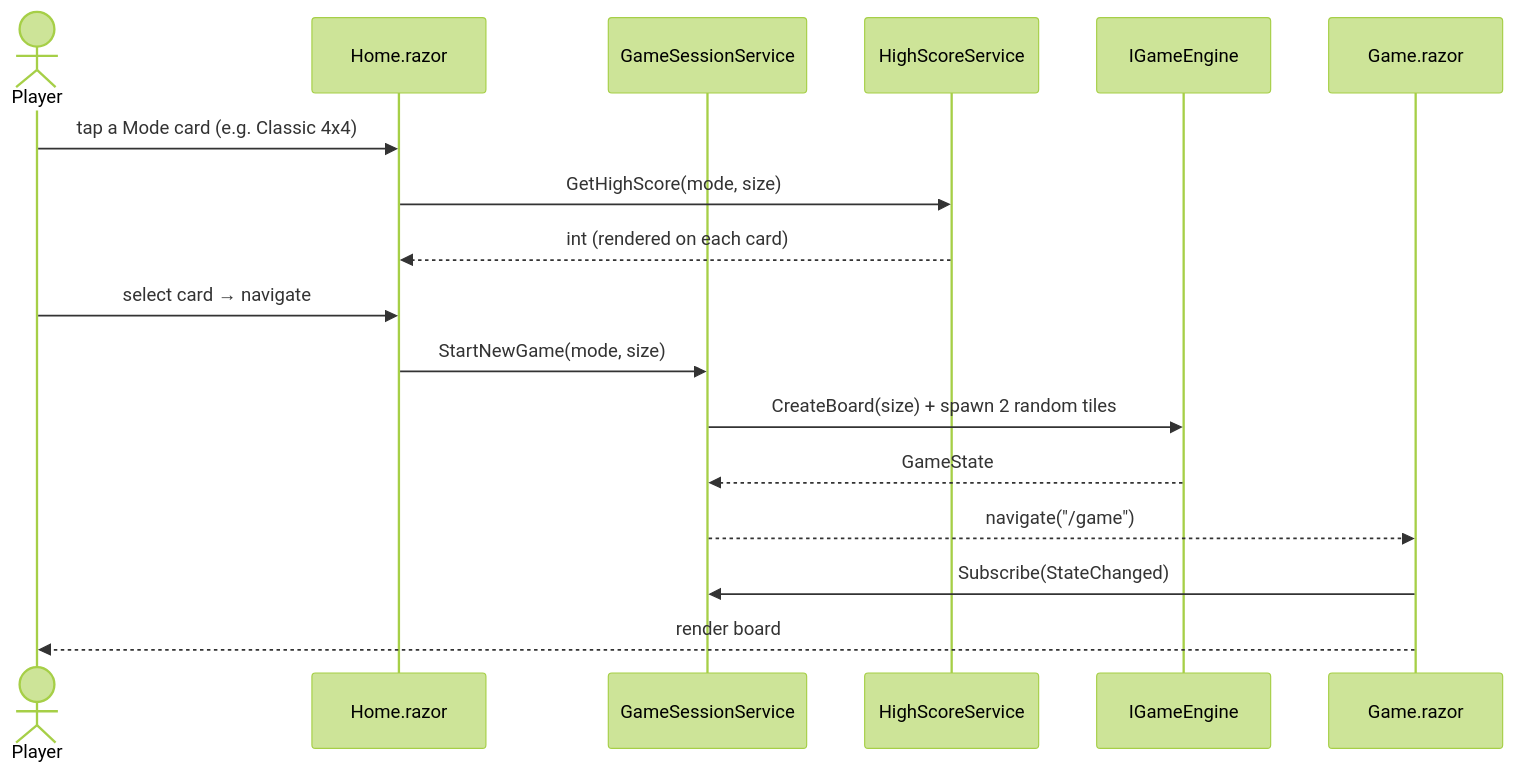
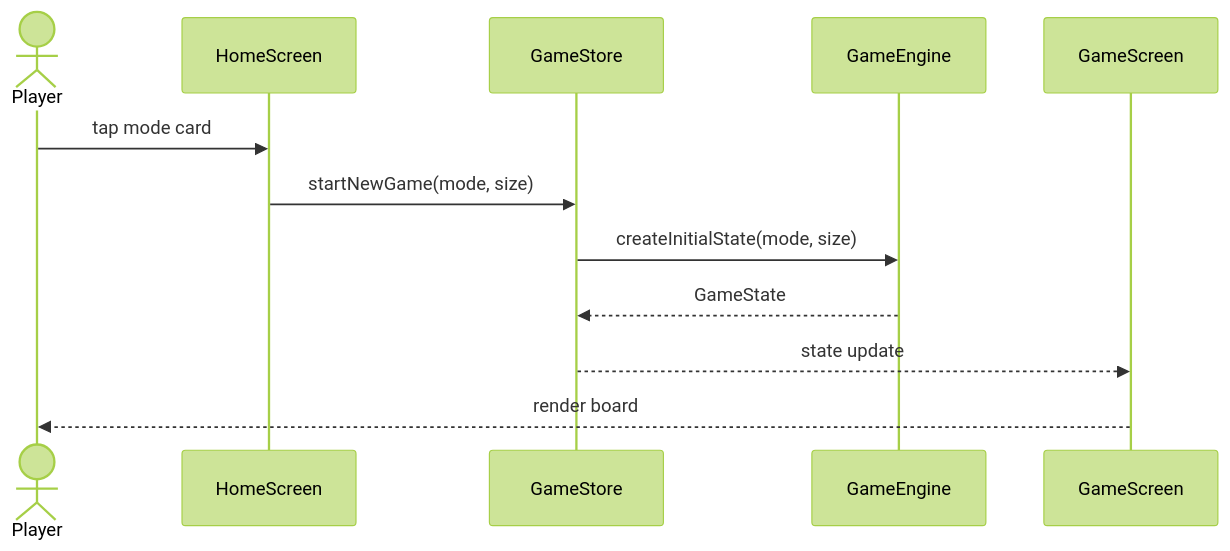
The fourth of 6 diagrams in Docs/software_design.md (LeThaiAn15112004/2048-Infinity-Merge), drawn with Mermaid (forest theme) before and after one commit. The commit also changed other lines of this file and 56 other files, not shown here.

````diff
--- a/Docs/software_design.md
+++ b/Docs/software_design.md
@@ -272,20 +246,15 @@
 ```mermaid
 sequenceDiagram
     actor P as Player
-    participant Home as Home.razor
-    participant Sess as GameSessionService
-    participant HS as HighScoreService
-    participant Eng as IGameEngine
-    participant Game as Game.razor
+    participant Home as HomeScreen
+    participant Store as GameStore
+    participant Engine as GameEngine
+    participant Game as GameScreen
 
-    P->>Home: tap a Mode card (e.g. Classic 4x4)
-    Home->>HS: GetHighScore(mode, size)
-    HS-->>Home: int (rendered on each card)
-    P->>Home: select card → navigate
-    Home->>Sess: StartNewGame(mode, size)
-    Sess->>Eng: CreateBoard(size) + spawn 2 random tiles
-    Eng-->>Sess: GameState
-    Sess-->>Game: navigate("/game")
-    Game->>Sess: Subscribe(StateChanged)
+    P->>Home: tap mode card
+    Home->>Store: startNewGame(mode, size)
+    Store->>Engine: createInitialState(mode, size)
+    Engine-->>Store: GameState
+    Store-->>Game: state update
     Game-->>P: render board
 ```
````
